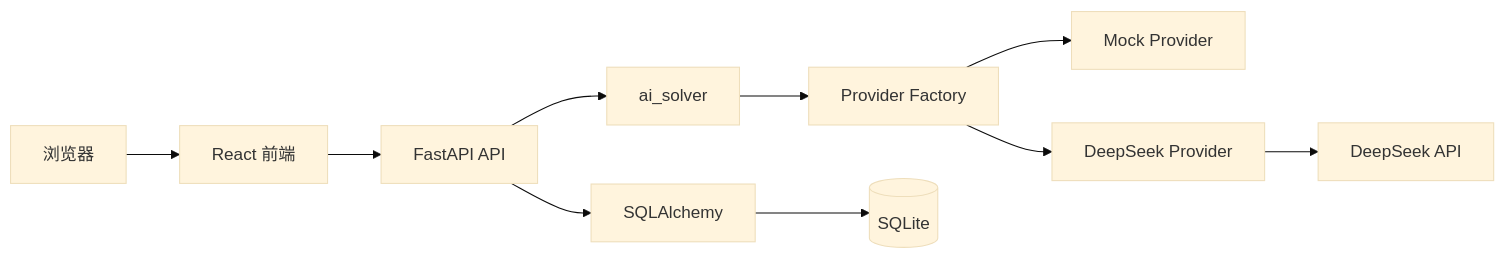
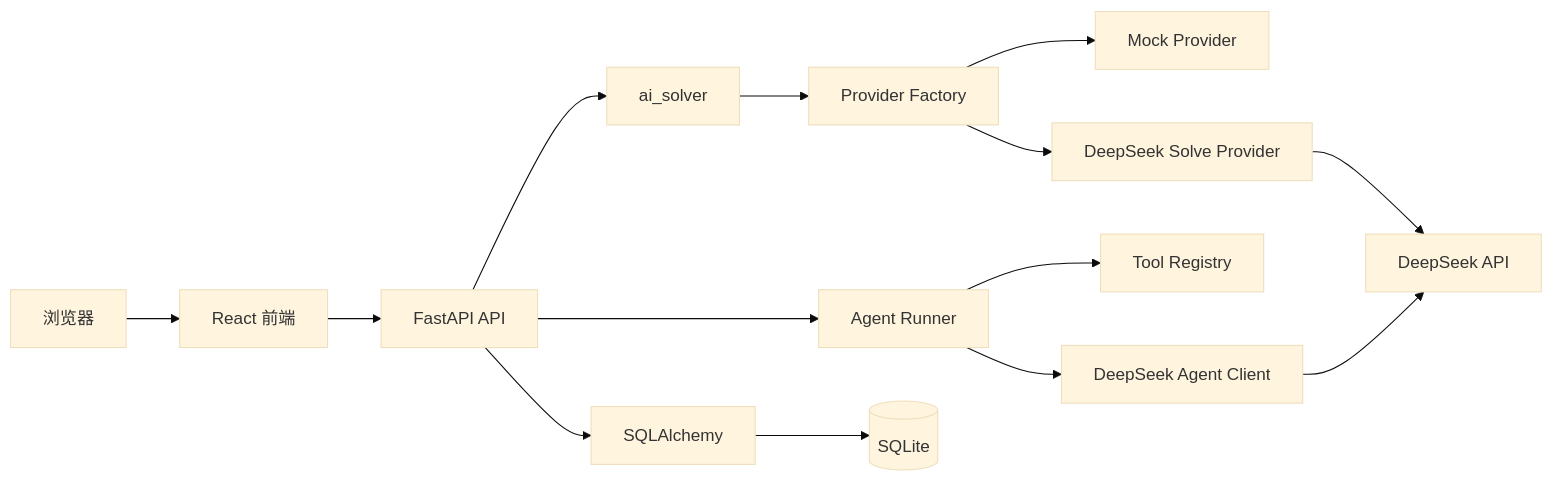
Before and after one commit to SZQ-code/leetcode_copilot: the diagram in docs/architecture.md, drawn with Mermaid (base theme). The commit also changed other lines of this file and 26 other files, not shown here.

````diff
--- a/docs/architecture.md
+++ b/docs/architecture.md
@@ -7,12 +7,16 @@
 ```mermaid
 flowchart LR
     U[浏览器] --> F[React 前端]
     F --> A[FastAPI API]
     A --> S[ai_solver]
     S --> P[Provider Factory]
     P --> M[Mock Provider]
-    P --> K[DeepSeek Provider]
+    P --> K[DeepSeek Solve Provider]
     K --> V[DeepSeek API]
+    A --> R[Agent Runner]
+    R --> T[Tool Registry]
+    R --> C[DeepSeek Agent Client]
+    C --> V
     A --> O[SQLAlchemy]
     O --> D[(SQLite)]
 ```
````
